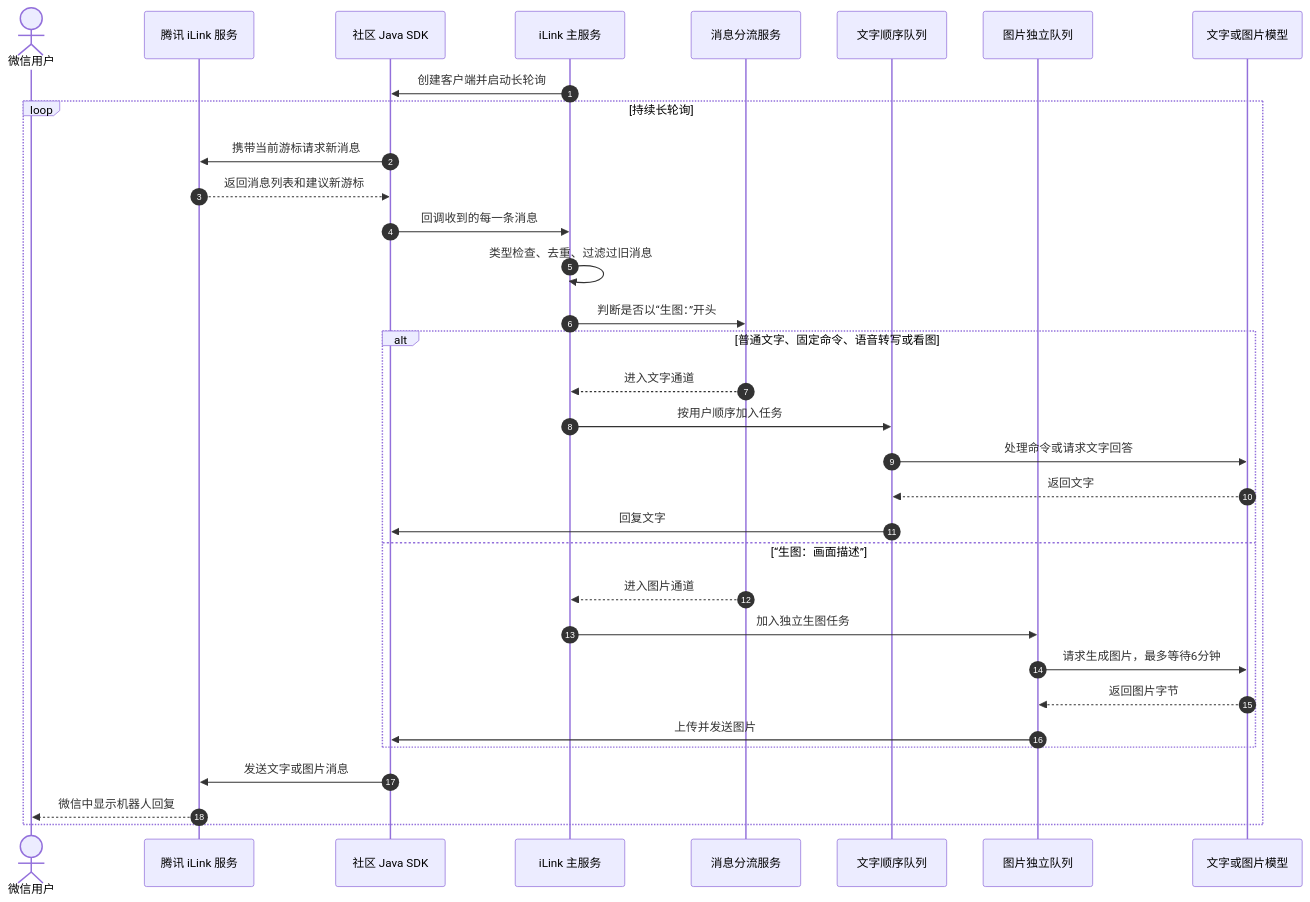
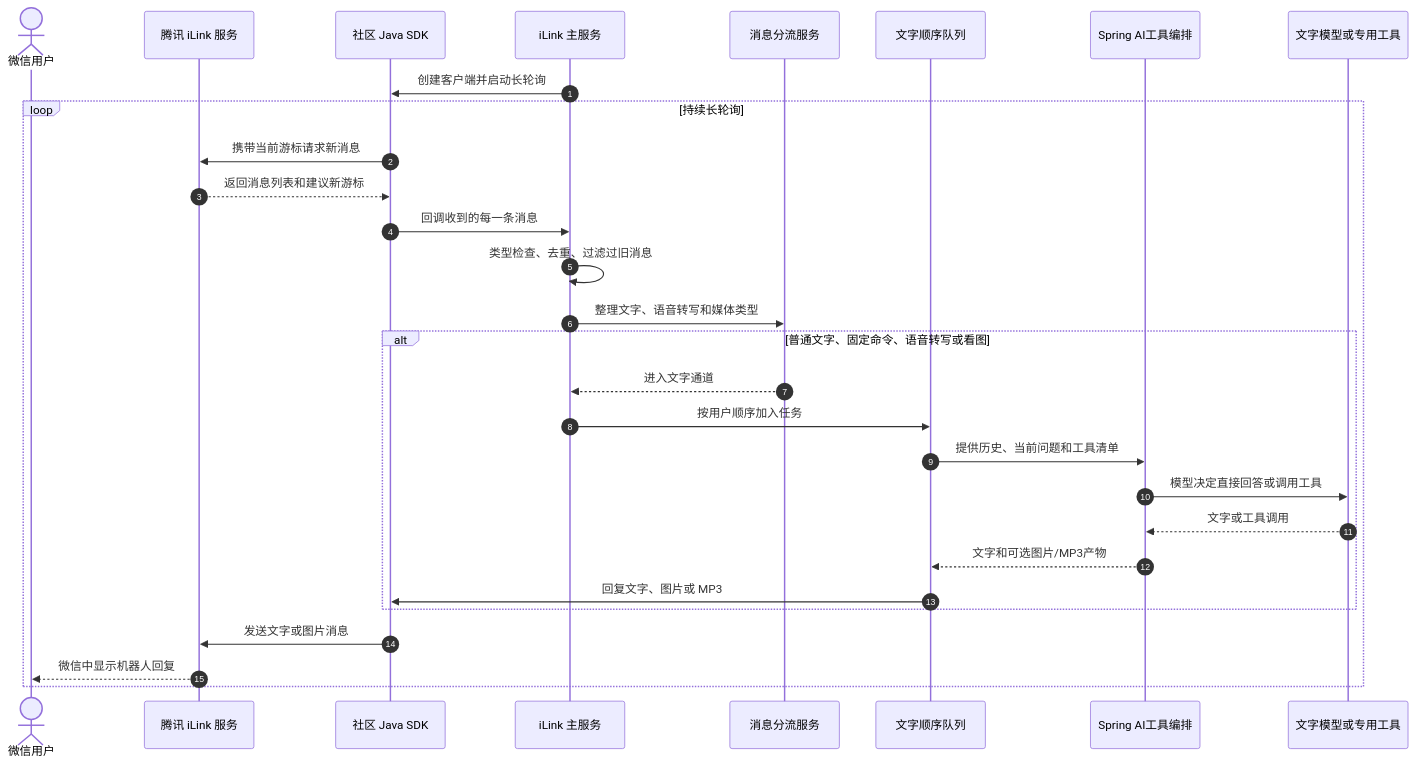
Before and after one commit to TianJinYing2006/openclaw: the first of 7 diagrams in docs/architecture/ILINK_PROJECT_SEQUENCE_GUIDE.md, drawn with Mermaid. The commit also changed other lines of this file and 65 other files, not shown here.

Commit message:
feat: 完善微信 Agent 工具编排与 OSS 图片资产

````diff
--- a/docs/architecture/ILINK_PROJECT_SEQUENCE_GUIDE.md
+++ b/docs/architecture/ILINK_PROJECT_SEQUENCE_GUIDE.md
@@ -47,36 +47,32 @@
 ```mermaid
 sequenceDiagram
     autonumber
     actor 用户 as 微信用户
     participant 腾讯 as 腾讯 iLink 服务
     participant SDK as 社区 Java SDK
     participant 主服务 as iLink 主服务
     participant 分流 as 消息分流服务
     participant 文字队列 as 文字顺序队列
-    participant 图片队列 as 图片独立队列
-    participant AI as 文字或图片模型
+    participant 编排 as Spring AI工具编排
+    participant AI as 文字模型或专用工具
 
     主服务->>SDK: 创建客户端并启动长轮询
     loop 持续长轮询
         SDK->>腾讯: 携带当前游标请求新消息
         腾讯-->>SDK: 返回消息列表和建议新游标
         SDK->>主服务: 回调收到的每一条消息
         主服务->>主服务: 类型检查、去重、过滤过旧消息
-        主服务->>分流: 判断是否以“生图：”开头
+        主服务->>分流: 整理文字、语音转写和媒体类型
         alt 普通文字、固定命令、语音转写或看图
             分流-->>主服务: 进入文字通道
             主服务->>文字队列: 按用户顺序加入任务
-            文字队列->>AI: 处理命令或请求文字回答
-            AI-->>文字队列: 返回文字
-            文字队列->>SDK: 回复文字
-        else “生图：画面描述”
-            分流-->>主服务: 进入图片通道
-            主服务->>图片队列: 加入独立生图任务
-            图片队列->>AI: 请求生成图片，最多等待6分钟
-            AI-->>图片队列: 返回图片字节
-            图片队列->>SDK: 上传并发送图片
+            文字队列->>编排: 提供历史、当前问题和工具清单
+            编排->>AI: 模型决定直接回答或调用工具
+            AI-->>编排: 文字或工具调用
+            编排-->>文字队列: 文字和可选图片/MP3产物
+            文字队列->>SDK: 回复文字、图片或 MP3
         end
         SDK->>腾讯: 发送文字或图片消息
         腾讯-->>用户: 微信中显示机器人回复
     end
 ```
````
